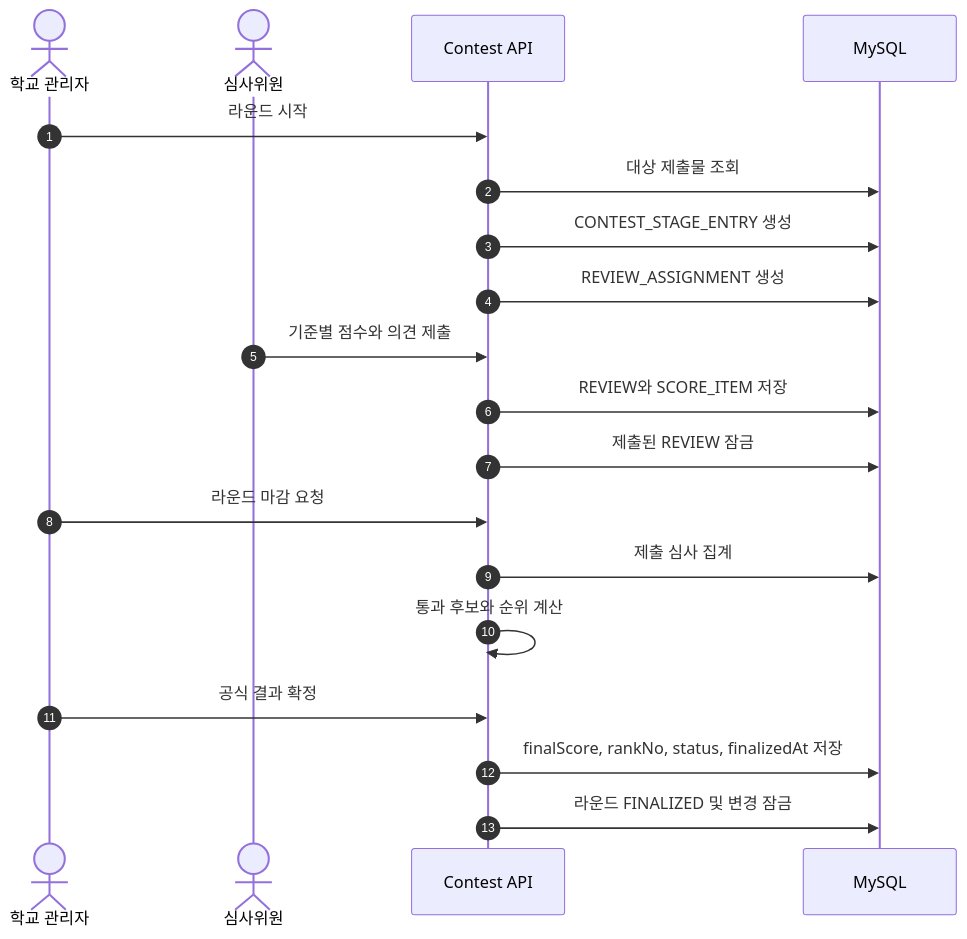
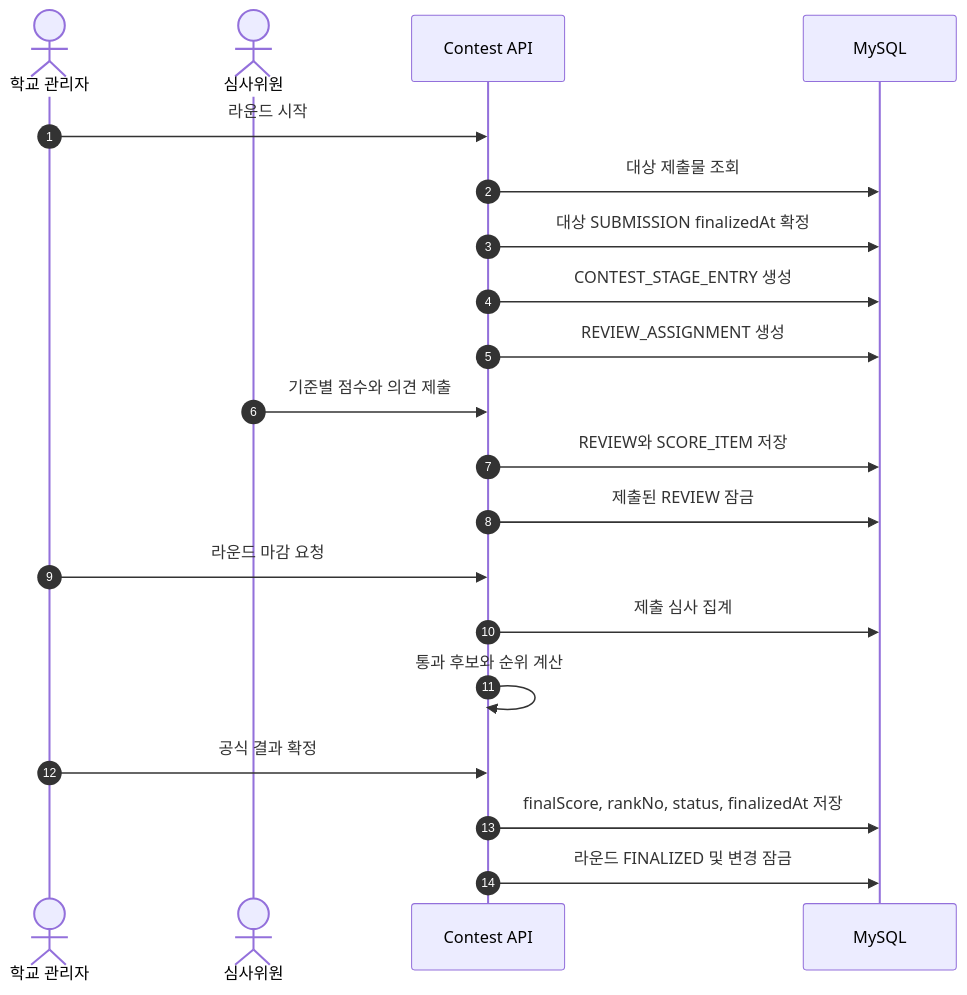
Before and after one commit to Tok-Baro/Trekkey_BackEnd: the ninth of 22 diagrams in docs/architecture-diagrams.md, drawn with Mermaid. The commit also changed other lines of this file and 5 other files, not shown here.

````diff
--- a/docs/architecture-diagrams.md
+++ b/docs/architecture-diagrams.md
@@ -275,22 +276,23 @@
 ```mermaid
 sequenceDiagram
     autonumber
     actor Admin as 학교 관리자
     actor Judge as 심사위원
     participant API as Contest API
     participant DB as MySQL
 
     Admin->>API: 라운드 시작
     API->>DB: 대상 제출물 조회
+    API->>DB: 대상 SUBMISSION finalizedAt 확정
     API->>DB: CONTEST_STAGE_ENTRY 생성
     API->>DB: REVIEW_ASSIGNMENT 생성
     Judge->>API: 기준별 점수와 의견 제출
     API->>DB: REVIEW와 SCORE_ITEM 저장
     API->>DB: 제출된 REVIEW 잠금
     Admin->>API: 라운드 마감 요청
     API->>DB: 제출 심사 집계
     API->>API: 통과 후보와 순위 계산
     Admin->>API: 공식 결과 확정
     API->>DB: finalScore, rankNo, status, finalizedAt 저장
     API->>DB: 라운드 FINALIZED 및 변경 잠금
 ```
````
